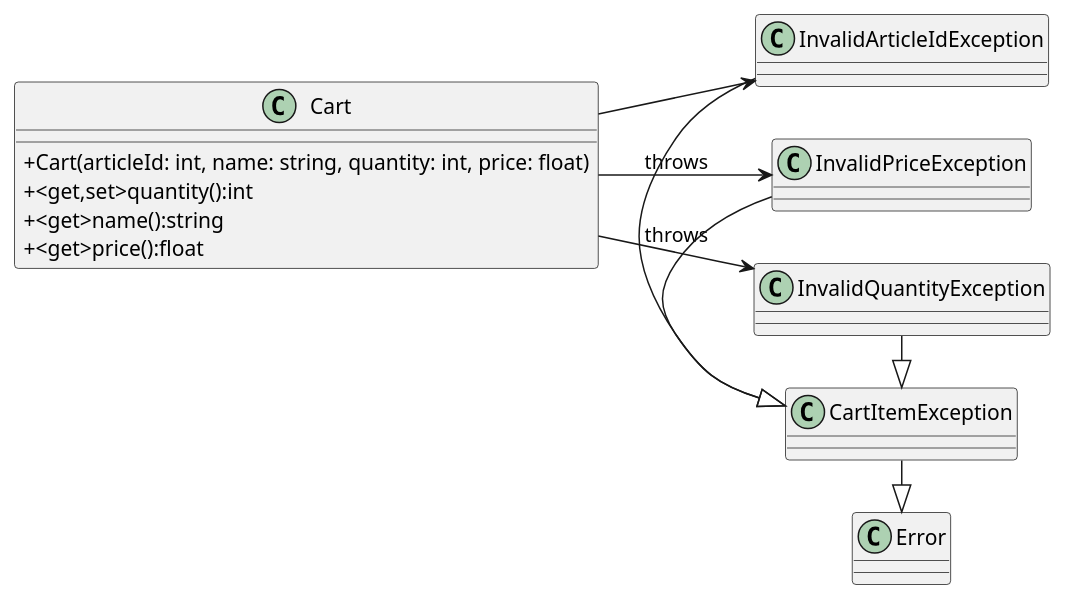
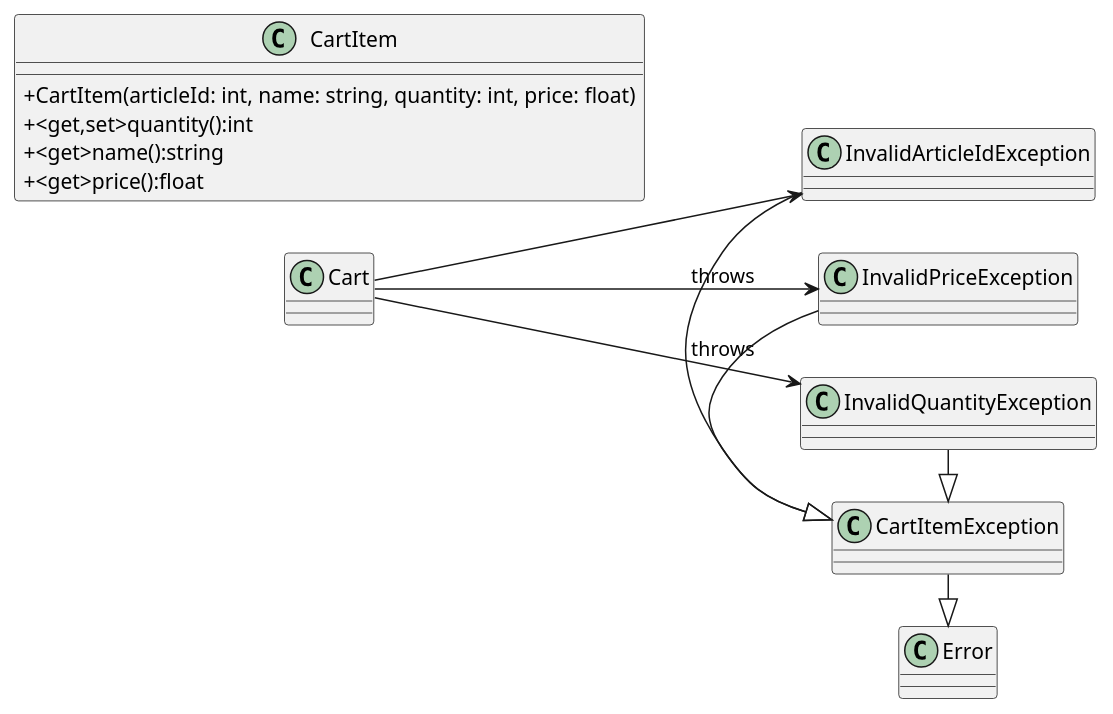
One commit to dieperid/Shopping changed the diagram in docs/class-diagram.puml. Above: the diagram before and after it, drawn with PlantUML.

Commit message:
fix: The CartItem class had the wrong name (Cart)

```diff
--- a/docs/class-diagram.puml
+++ b/docs/class-diagram.puml
@@ -1,31 +1,31 @@
 @startuml
 
 left to right direction
 skinparam classAttributeIconSize 0
 
 'Classes declaration
-class Cart{
-   +Cart(articleId: int, name: string, quantity: int, price: float)
+class CartItem{
+   +CartItem(articleId: int, name: string, quantity: int, price: float)
    +<get,set>quantity():int
    +<get>name():string
    +<get>price():float
 }
 
 class Error{}
 class CartItemException{}
 class InvalidArticleIdException{}
 class InvalidQuantityException{}
 class InvalidPriceException{}
 
 'Relations
 Cart --> InvalidArticleIdException
 Cart --> InvalidQuantityException : throws
 Cart --> InvalidPriceException : throws
 
 'Exception inheritance
 InvalidArticleIdException -|> CartItemException
 InvalidPriceException -|> CartItemException
 InvalidQuantityException -|> CartItemException
 CartItemException -|> Error
 
 @enduml
```
